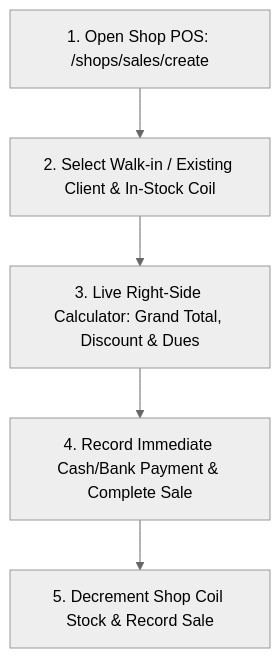
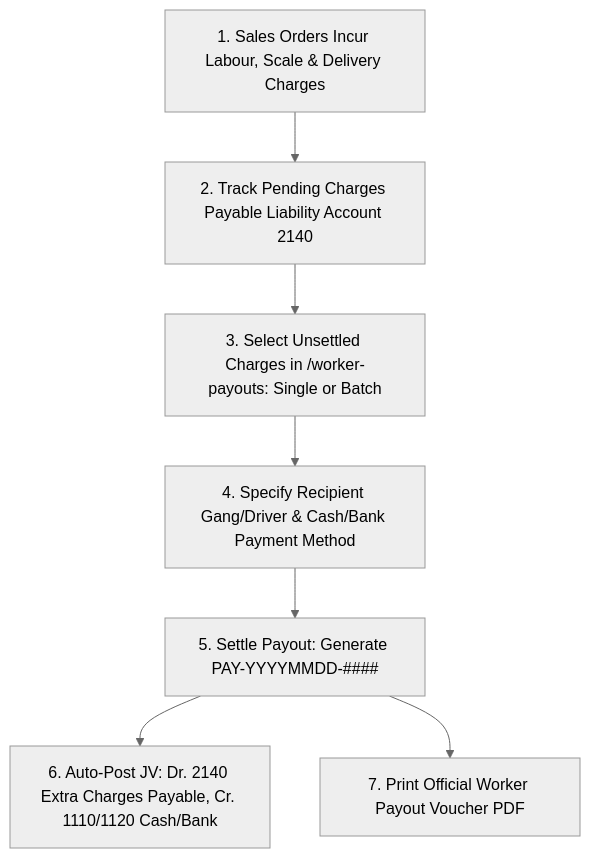
Before and after one commit to Inoodex/steel_inventory: the third of 4 diagrams in PROJECT_ANALYSIS.md, drawn with Mermaid (neutral theme). The commit also changed other lines of this file and 25 other files, not shown here.

````diff
--- a/PROJECT_ANALYSIS.md
+++ b/PROJECT_ANALYSIS.md
@@ -322,7 +406,9 @@
 ```mermaid
 graph TD
-    Shop[1. Open Shop POS: /shops/sales/create] --> Pick[2. Select Walk-in / Existing Client & In-Stock Coil]
-    Pick --> LiveCalc[3. Live Right-Side Calculator: Grand Total, Discount & Dues]
-    LiveCalc --> Settle[4. Record Immediate Cash/Bank Payment & Complete Sale]
-    Settle --> StockUpdate[5. Decrement Shop Coil Stock & Record Sale]
+    SalesCharges[1. Sales Orders Incur Labour, Scale & Delivery Charges] --> PendingCharges[2. Track Pending Charges Payable Liability Account 2140]
+    PendingCharges --> PayoutSelect[3. Select Unsettled Charges in /worker-payouts: Single or Batch]
+    PayoutSelect --> Recipient[4. Specify Recipient Gang/Driver & Cash/Bank Payment Method]
+    Recipient --> Settle[5. Settle Payout: Generate PAY-YYYYMMDD-####]
+    Settle --> JV3[6. Auto-Post JV: Dr. 2140 Extra Charges Payable, Cr. 1110/1120 Cash/Bank]
+    Settle --> PayoutVoucher[7. Print Official Worker Payout Voucher PDF]
 ```
````
